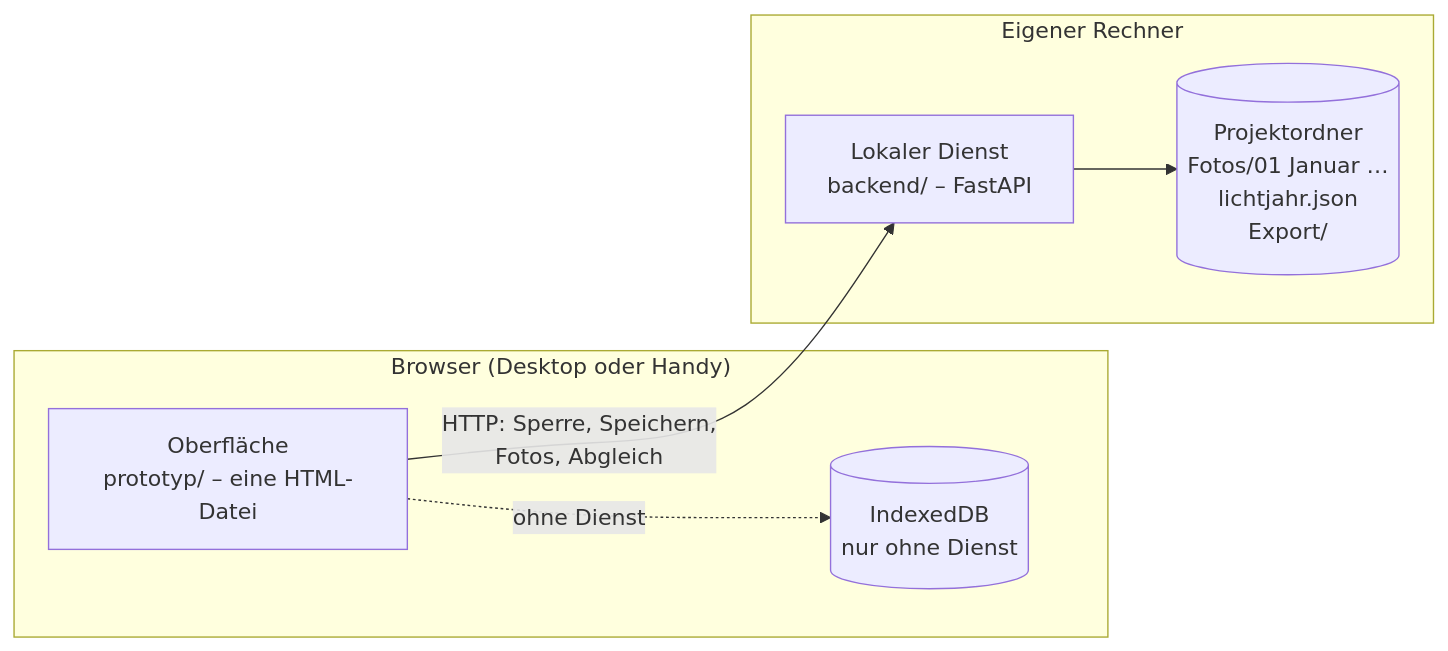
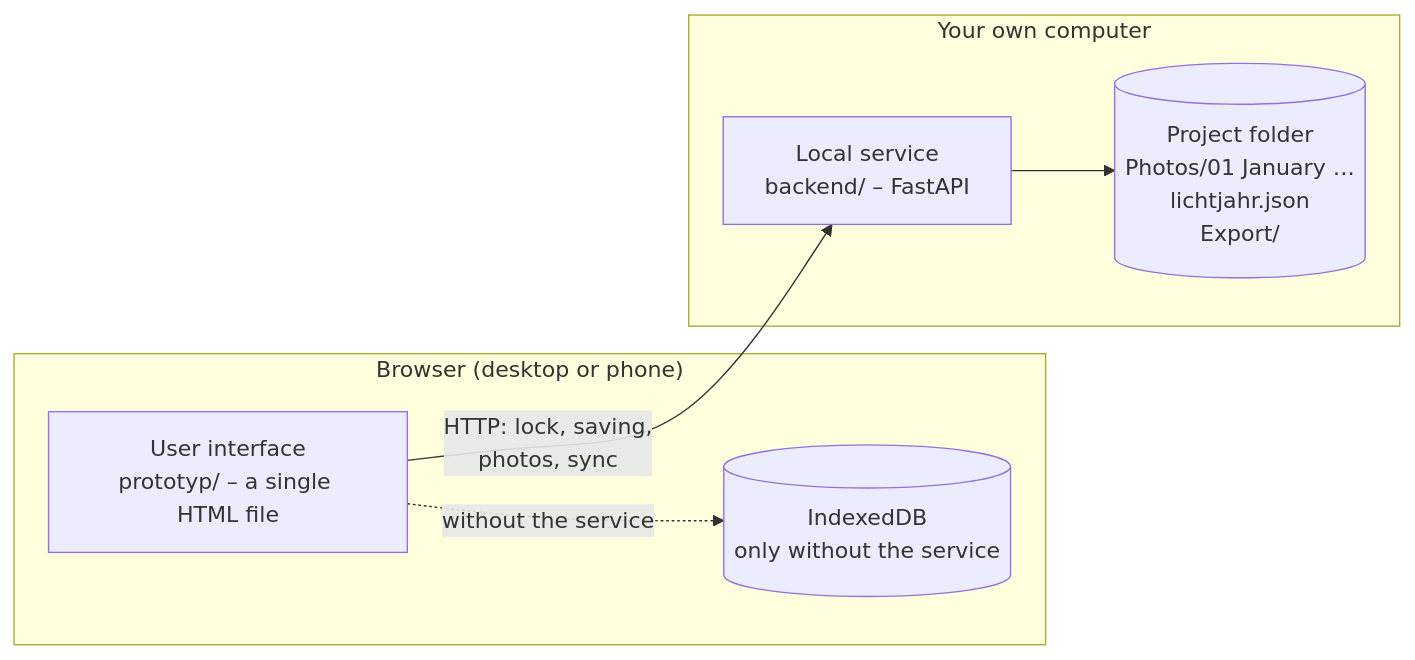
Before and after one commit to jo-tud/Lichtjahr: the diagram in README.md, drawn with Mermaid. The commit also changed other lines of this file and 60 other files, not shown here.

````diff
--- a/README.md
+++ b/README.md
@@ -227,14 +228,14 @@
 ```mermaid
 flowchart LR
-  subgraph Browser["Browser (Desktop oder Handy)"]
-    UI["Oberfläche<br/>prototyp/ – eine HTML-Datei"]
-    IDB[("IndexedDB<br/>nur ohne Dienst")]
+  subgraph Browser["Browser (desktop or phone)"]
+    UI["User interface<br/>prototyp/ – a single HTML file"]
+    IDB[("IndexedDB<br/>only without the service")]
   end
-  subgraph Rechner["Eigener Rechner"]
-    API["Lokaler Dienst<br/>backend/ – FastAPI"]
-    DIR[("Projektordner<br/>Fotos/01 Januar …<br/>lichtjahr.json<br/>Export/")]
+  subgraph Computer["Your own computer"]
+    API["Local service<br/>backend/ – FastAPI"]
+    DIR[("Project folder<br/>Photos/01 January …<br/>lichtjahr.json<br/>Export/")]
   end
-  UI -- "HTTP: Sperre, Speichern,<br/>Fotos, Abgleich" --> API
-  UI -. ohne Dienst .-> IDB
+  UI -- "HTTP: lock, saving,<br/>photos, sync" --> API
+  UI -. without the service .-> IDB
   API --> DIR
 ```
````
